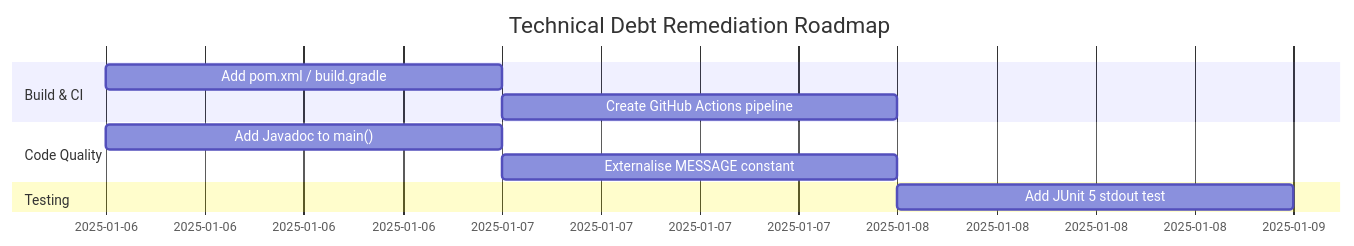
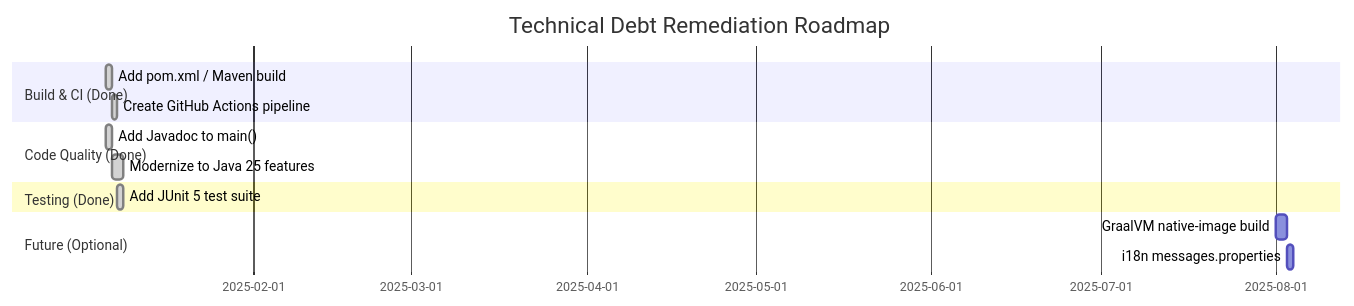
Before and after one commit to ktruchcz/copilot-test-ktruchcz: diagram 15 of 15 in arc42-documentation.md, drawn with Mermaid. The commit also changed other lines of this file and 1 other file, not shown here.

First line of the commit message:
Apply cookbooks mapping: update Java version docs and Mermaid architecture diagrams

````diff
--- a/arc42-documentation.md
+++ b/arc42-documentation.md
@@ -642,13 +716,16 @@
 ```mermaid
 gantt
     title Technical Debt Remediation Roadmap
     dateFormat  YYYY-MM-DD
-    section Build & CI
-    Add pom.xml / build.gradle       :td02, 2025-01-06, 1d
-    Create GitHub Actions pipeline   :td03, after td02, 1d
-    section Code Quality
-    Add Javadoc to main()            :td04, 2025-01-06, 1d
-    Externalise MESSAGE constant     :td05, after td04, 1d
-    section Testing
-    Add JUnit 5 stdout test          :td01, after td03, 1d
+    section Build & CI (Done)
+    Add pom.xml / Maven build        :done, td02, 2025-01-06, 1d
+    Create GitHub Actions pipeline   :done, td03, after td02, 1d
+    section Code Quality (Done)
+    Add Javadoc to main()            :done, td04, 2025-01-06, 1d
+    Modernize to Java 25 features    :done, td06, after td04, 2d
+    section Testing (Done)
+    Add JUnit 5 test suite           :done, td01, after td03, 1d
+    section Future (Optional)
+    GraalVM native-image build       :td07, 2025-08-01, 2d
+    i18n messages.properties         :td08, after td07, 1d
 ```
````
